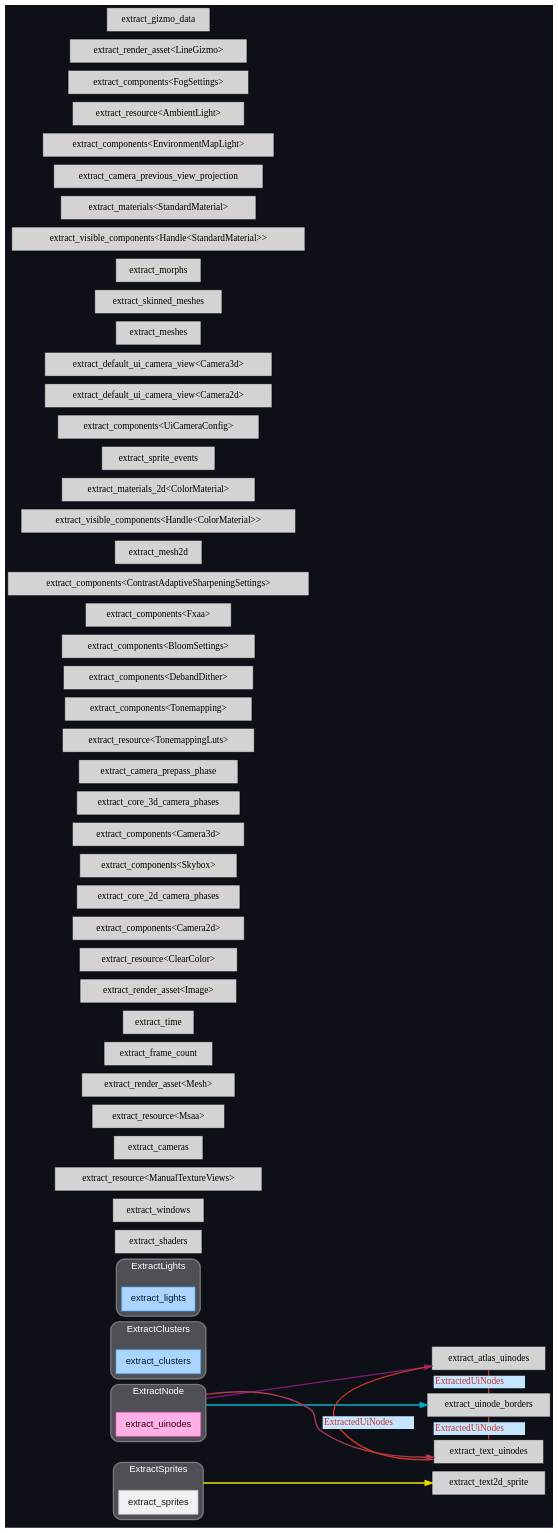
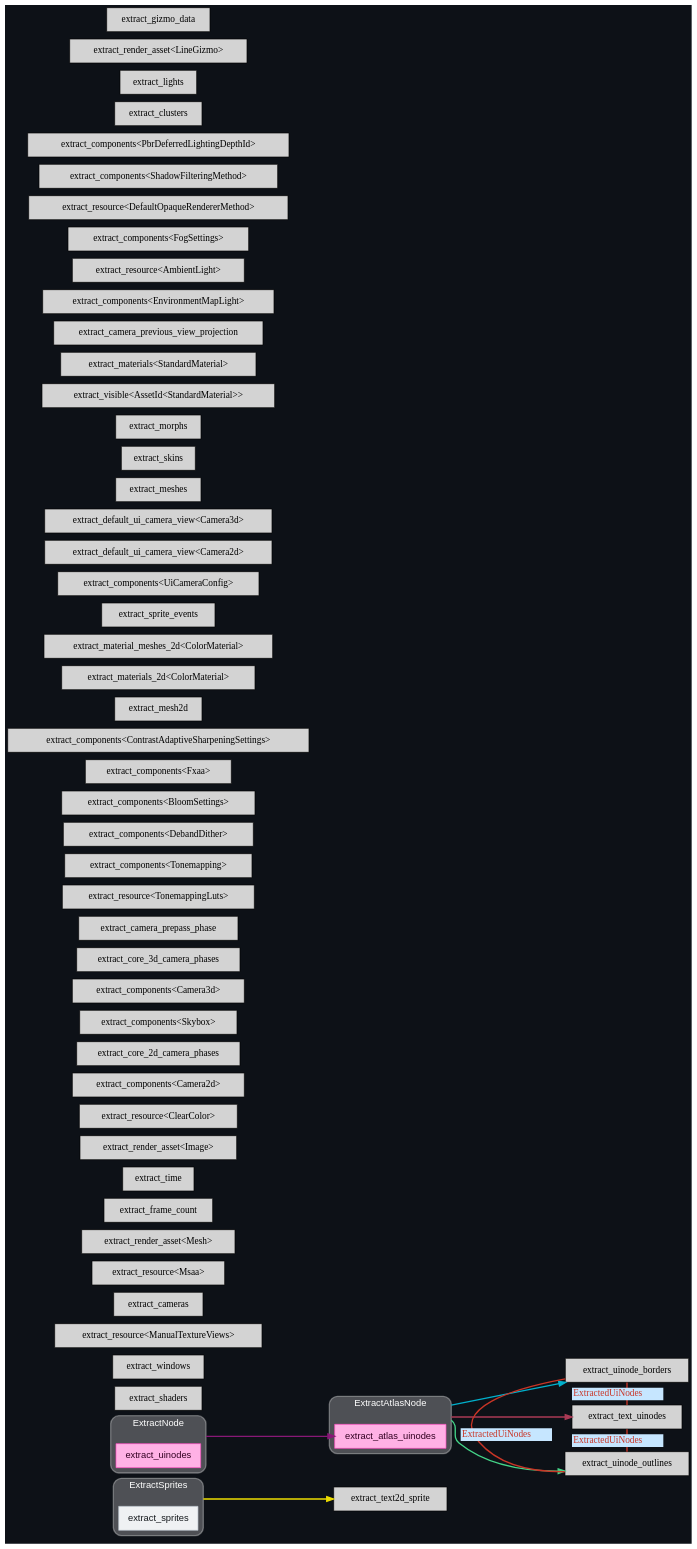
Before and after one commit to jakobhellermann/bevy_mod_debugdump: the diagram in docs/schedule/dark/render_schedule_ExtractSchedule.dot, drawn with Graphviz. The commit also changed 60 other files, not shown here.

```diff
--- a/docs/schedule/dark/render_schedule_ExtractSchedule.dot
+++ b/docs/schedule/dark/render_schedule_ExtractSchedule.dot
@@ -31,28 +31,16 @@
 		"node_System(31)" ["label"="extract_uinodes", "tooltip"="bevy_ui::render::extract_uinodes", "fillcolor"="#ffb1e5", "fontname"="Helvetica", "fontcolor"="#320021", "color"="#ff4bc2", "penwidth"="1"]
 	}
 	
-	subgraph "clusternode_Set(47)" {
+	subgraph "clusternode_Set(35)" {
 		"style"="rounded,filled";
-		"label"="ExtractClusters";
-		"tooltip"="ExtractClusters";
+		"label"="ExtractAtlasNode";
+		"tooltip"="ExtractAtlasNode";
 		"fillcolor"="#ffffff44";
 		"fontcolor"="#ffffff";
 		"color"="#ffffff50";
 		"penwidth"="2";
-		"set_marker_node_Set(47)" ["style"="invis", "label"="", "height"="0", "shape"="point"]
-		"node_System(44)" ["label"="extract_clusters", "tooltip"="bevy_pbr::render::light::extract_clusters", "fillcolor"="#abd5fc", "fontname"="Helvetica", "fontcolor"="#011a31", "color"="#48a3f8", "penwidth"="1"]
-	}
-	
-	subgraph "clusternode_Set(49)" {
-		"style"="rounded,filled";
-		"label"="ExtractLights";
-		"tooltip"="ExtractLights";
-		"fillcolor"="#ffffff44";
-		"fontcolor"="#ffffff";
-		"color"="#ffffff50";
-		"penwidth"="2";
-		"set_marker_node_Set(49)" ["style"="invis", "label"="", "height"="0", "shape"="point"]
-		"node_System(45)" ["label"="extract_lights", "tooltip"="bevy_pbr::render::light::extract_lights", "fillcolor"="#abd5fc", "fontname"="Helvetica", "fontcolor"="#011a31", "color"="#48a3f8", "penwidth"="1"]
+		"set_marker_node_Set(35)" ["style"="invis", "label"="", "height"="0", "shape"="point"]
+		"node_System(32)" ["label"="extract_atlas_uinodes", "tooltip"="bevy_ui::render::extract_atlas_uinodes", "fillcolor"="#ffb1e5", "fontname"="Helvetica", "fontcolor"="#320021", "color"="#ff4bc2", "penwidth"="1"]
 	}
 	
 	"node_System(0)" ["label"="extract_shaders", "tooltip"="bevy_render::render_resource::pipeline_cache::PipelineCache::extract_shaders"]
@@ -78,32 +66,38 @@
 	"node_System(20)" ["label"="extract_components<Fxaa>", "tooltip"="bevy_render::extract_component::extract_components<bevy_core_pipeline::fxaa::Fxaa>"]
 	"node_System(21)" ["label"="extract_components<ContrastAdaptiveSharpeningSettings>", "tooltip"="bevy_render::extract_component::extract_components<bevy_core_pipeline::contrast_adaptive_sharpening::ContrastAdaptiveSharpeningSettings>"]
 	"node_System(22)" ["label"="extract_mesh2d", "tooltip"="bevy_sprite::mesh2d::mesh::extract_mesh2d"]
-	"node_System(23)" ["label"="extract_visible_components<Handle<ColorMaterial>>", "tooltip"="bevy_render::extract_component::extract_visible_components<bevy_asset::handle::Handle<bevy_sprite::mesh2d::color_material::ColorMaterial>>"]
-	"node_System(24)" ["label"="extract_materials_2d<ColorMaterial>", "tooltip"="bevy_sprite::mesh2d::material::extract_materials_2d<bevy_sprite::mesh2d::color_material::ColorMaterial>"]
+	"node_System(23)" ["label"="extract_materials_2d<ColorMaterial>", "tooltip"="bevy_sprite::mesh2d::material::extract_materials_2d<bevy_sprite::mesh2d::color_material::ColorMaterial>"]
+	"node_System(24)" ["label"="extract_material_meshes_2d<ColorMaterial>", "tooltip"="bevy_sprite::mesh2d::material::extract_material_meshes_2d<bevy_sprite::mesh2d::color_material::ColorMaterial>"]
 	"node_System(26)" ["label"="extract_sprite_events", "tooltip"="bevy_sprite::render::extract_sprite_events"]
 	"node_System(27)" ["label"="extract_text2d_sprite", "tooltip"="bevy_text::text2d::extract_text2d_sprite"]
 	"node_System(28)" ["label"="extract_components<UiCameraConfig>", "tooltip"="bevy_render::extract_component::extract_components<bevy_ui::camera_config::UiCameraConfig>"]
 	"node_System(29)" ["label"="extract_default_ui_camera_view<Camera2d>", "tooltip"="bevy_ui::render::extract_default_ui_camera_view<bevy_core_pipeline::core_2d::camera_2d::Camera2d>"]
 	"node_System(30)" ["label"="extract_default_ui_camera_view<Camera3d>", "tooltip"="bevy_ui::render::extract_default_ui_camera_view<bevy_core_pipeline::core_3d::camera_3d::Camera3d>"]
-	"node_System(32)" ["label"="extract_atlas_uinodes", "tooltip"="bevy_ui::render::extract_atlas_uinodes"]
 	"node_System(33)" ["label"="extract_uinode_borders", "tooltip"="bevy_ui::render::extract_uinode_borders"]
 	"node_System(34)" ["label"="extract_text_uinodes", "tooltip"="bevy_ui::render::extract_text_uinodes"]
-	"node_System(35)" ["label"="extract_meshes", "tooltip"="bevy_pbr::render::mesh::extract_meshes"]
-	"node_System(36)" ["label"="extract_skinned_meshes", "tooltip"="bevy_pbr::render::mesh::extract_skinned_meshes"]
-	"node_System(37)" ["label"="extract_morphs", "tooltip"="bevy_pbr::render::morph::extract_morphs"]
-	"node_System(38)" ["label"="extract_visible_components<Handle<StandardMaterial>>", "tooltip"="bevy_render::extract_component::extract_visible_components<bevy_asset::handle::Handle<bevy_pbr::pbr_material::StandardMaterial>>"]
-	"node_System(39)" ["label"="extract_materials<StandardMaterial>", "tooltip"="bevy_pbr::material::extract_materials<bevy_pbr::pbr_material::StandardMaterial>"]
-	"node_System(40)" ["label"="extract_camera_previous_view_projection", "tooltip"="bevy_pbr::prepass::extract_camera_previous_view_projection"]
-	"node_System(41)" ["label"="extract_components<EnvironmentMapLight>", "tooltip"="bevy_render::extract_component::extract_components<bevy_pbr::environment_map::EnvironmentMapLight>"]
-	"node_System(42)" ["label"="extract_resource<AmbientLight>", "tooltip"="bevy_render::extract_resource::extract_resource<bevy_pbr::light::AmbientLight>"]
-	"node_System(43)" ["label"="extract_components<FogSettings>", "tooltip"="bevy_render::extract_component::extract_components<bevy_pbr::fog::FogSettings>"]
-	"node_System(46)" ["label"="extract_render_asset<LineGizmo>", "tooltip"="bevy_render::render_asset::extract_render_asset<bevy_gizmos::LineGizmo>"]
-	"node_System(47)" ["label"="extract_gizmo_data", "tooltip"="bevy_gizmos::extract_gizmo_data"]
+	"node_System(35)" ["label"="extract_uinode_outlines", "tooltip"="bevy_ui::render::extract_uinode_outlines"]
+	"node_System(36)" ["label"="extract_meshes", "tooltip"="bevy_pbr::render::mesh::extract_meshes"]
+	"node_System(37)" ["label"="extract_skins", "tooltip"="bevy_pbr::render::skin::extract_skins"]
+	"node_System(38)" ["label"="extract_morphs", "tooltip"="bevy_pbr::render::morph::extract_morphs"]
+	"node_System(39)" ["label"="extract_visible<AssetId<StandardMaterial>>", "tooltip"="bevy_render::extract_instances::extract_visible<bevy_asset::id::AssetId<bevy_pbr::pbr_material::StandardMaterial>>"]
+	"node_System(40)" ["label"="extract_materials<StandardMaterial>", "tooltip"="bevy_pbr::material::extract_materials<bevy_pbr::pbr_material::StandardMaterial>"]
+	"node_System(41)" ["label"="extract_camera_previous_view_projection", "tooltip"="bevy_pbr::prepass::extract_camera_previous_view_projection"]
+	"node_System(42)" ["label"="extract_components<EnvironmentMapLight>", "tooltip"="bevy_render::extract_component::extract_components<bevy_pbr::environment_map::EnvironmentMapLight>"]
+	"node_System(43)" ["label"="extract_resource<AmbientLight>", "tooltip"="bevy_render::extract_resource::extract_resource<bevy_pbr::light::AmbientLight>"]
+	"node_System(44)" ["label"="extract_components<FogSettings>", "tooltip"="bevy_render::extract_component::extract_components<bevy_pbr::fog::FogSettings>"]
+	"node_System(45)" ["label"="extract_resource<DefaultOpaqueRendererMethod>", "tooltip"="bevy_render::extract_resource::extract_resource<bevy_pbr::material::DefaultOpaqueRendererMethod>"]
+	"node_System(46)" ["label"="extract_components<ShadowFilteringMethod>", "tooltip"="bevy_render::extract_component::extract_components<bevy_pbr::light::ShadowFilteringMethod>"]
+	"node_System(47)" ["label"="extract_components<PbrDeferredLightingDepthId>", "tooltip"="bevy_render::extract_component::extract_components<bevy_pbr::deferred::PbrDeferredLightingDepthId>"]
+	"node_System(48)" ["label"="extract_clusters", "tooltip"="bevy_pbr::render::light::extract_clusters"]
+	"node_System(49)" ["label"="extract_lights", "tooltip"="bevy_pbr::render::light::extract_lights"]
+	"node_System(50)" ["label"="extract_render_asset<LineGizmo>", "tooltip"="bevy_render::render_asset::extract_render_asset<bevy_gizmos::LineGizmo>"]
+	"node_System(51)" ["label"="extract_gizmo_data", "tooltip"="bevy_gizmos::extract_gizmo_data"]
 	"set_marker_node_Set(26)" -> "node_System(27)" ["lhead"="", "ltail"="clusternode_Set(26)", "tooltip"="ExtractSprites → extract_text2d_sprite", "color"="#eede00"]
 	"set_marker_node_Set(33)" -> "node_System(32)" ["lhead"="", "ltail"="clusternode_Set(33)", "tooltip"="ExtractNode → extract_atlas_uinodes", "color"="#881877"]
-	"set_marker_node_Set(33)" -> "node_System(33)" ["lhead"="", "ltail"="clusternode_Set(33)", "tooltip"="ExtractNode → extract_uinode_borders", "color"="#00b0cc"]
-	"set_marker_node_Set(33)" -> "node_System(34)" ["lhead"="", "ltail"="clusternode_Set(33)", "tooltip"="ExtractNode → extract_text_uinodes", "color"="#aa3a55"]
-	"node_System(33)" -> "node_System(32)" ["dir"="none", "constraint"="false", "color"="#c93526", "fontcolor"="#c93526", "label"=<<table border="0" cellborder="0"><tr><td bgcolor="#c6e6ff">ExtractedUiNodes</td></tr></table>>, "labeltooltip"="extract_uinode_borders — extract_atlas_uinodes"]
-	"node_System(34)" -> "node_System(32)" ["dir"="none", "constraint"="false", "color"="#c93526", "fontcolor"="#c93526", "label"=<<table border="0" cellborder="0"><tr><td bgcolor="#c6e6ff">ExtractedUiNodes</td></tr></table>>, "labeltooltip"="extract_text_uinodes — extract_atlas_uinodes"]
+	"set_marker_node_Set(35)" -> "node_System(33)" ["lhead"="", "ltail"="clusternode_Set(35)", "tooltip"="ExtractAtlasNode → extract_uinode_borders", "color"="#00b0cc"]
+	"set_marker_node_Set(35)" -> "node_System(34)" ["lhead"="", "ltail"="clusternode_Set(35)", "tooltip"="ExtractAtlasNode → extract_text_uinodes", "color"="#aa3a55"]
+	"set_marker_node_Set(35)" -> "node_System(35)" ["lhead"="", "ltail"="clusternode_Set(35)", "tooltip"="ExtractAtlasNode → extract_uinode_outlines", "color"="#44d488"]
+	"node_System(33)" -> "node_System(35)" ["dir"="none", "constraint"="false", "color"="#c93526", "fontcolor"="#c93526", "label"=<<table border="0" cellborder="0"><tr><td bgcolor="#c6e6ff">ExtractedUiNodes</td></tr></table>>, "labeltooltip"="extract_uinode_borders — extract_uinode_outlines"]
 	"node_System(34)" -> "node_System(33)" ["dir"="none", "constraint"="false", "color"="#c93526", "fontcolor"="#c93526", "label"=<<table border="0" cellborder="0"><tr><td bgcolor="#c6e6ff">ExtractedUiNodes</td></tr></table>>, "labeltooltip"="extract_text_uinodes — extract_uinode_borders"]
+	"node_System(34)" -> "node_System(35)" ["dir"="none", "constraint"="false", "color"="#c93526", "fontcolor"="#c93526", "label"=<<table border="0" cellborder="0"><tr><td bgcolor="#c6e6ff">ExtractedUiNodes</td></tr></table>>, "labeltooltip"="extract_text_uinodes — extract_uinode_outlines"]
 }
```
